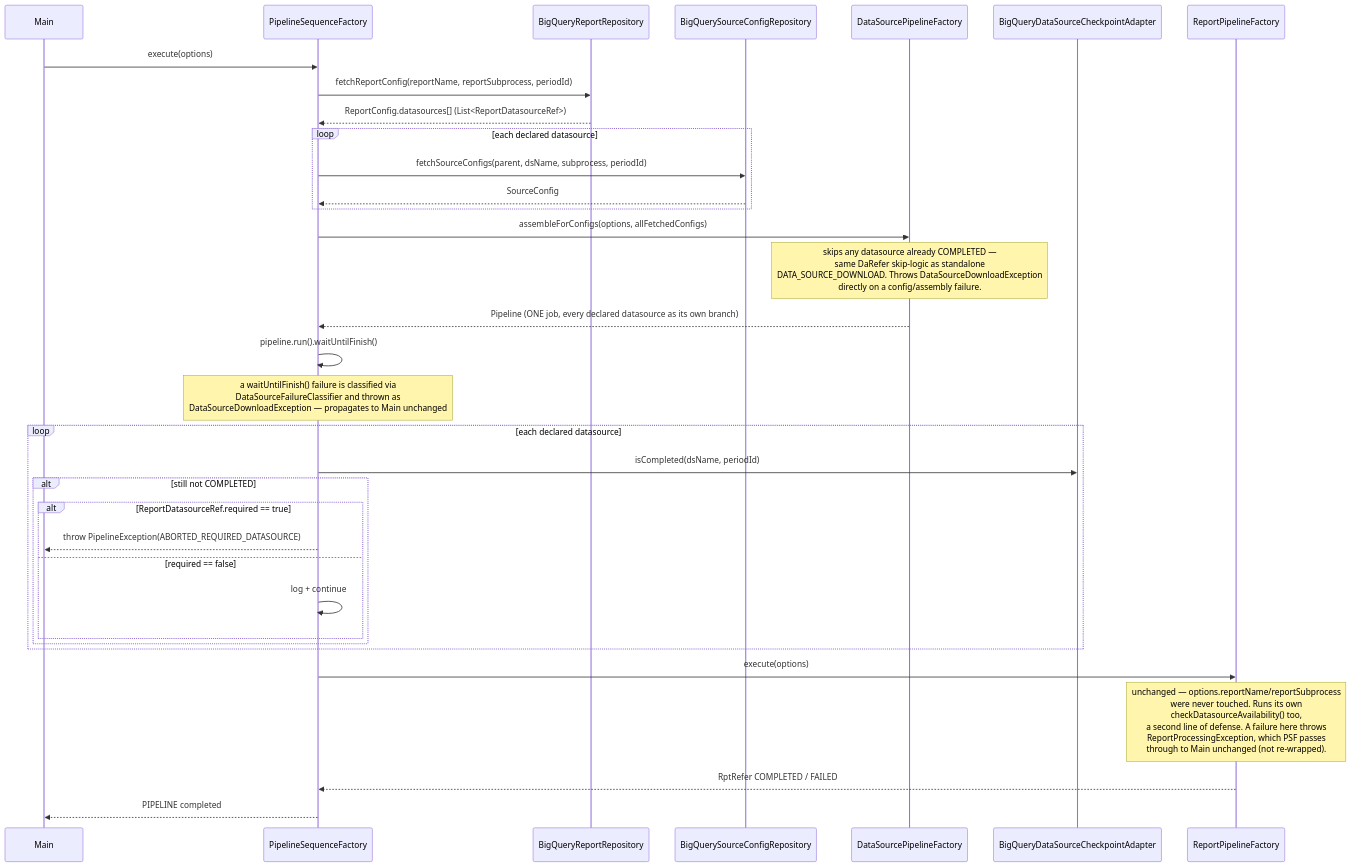
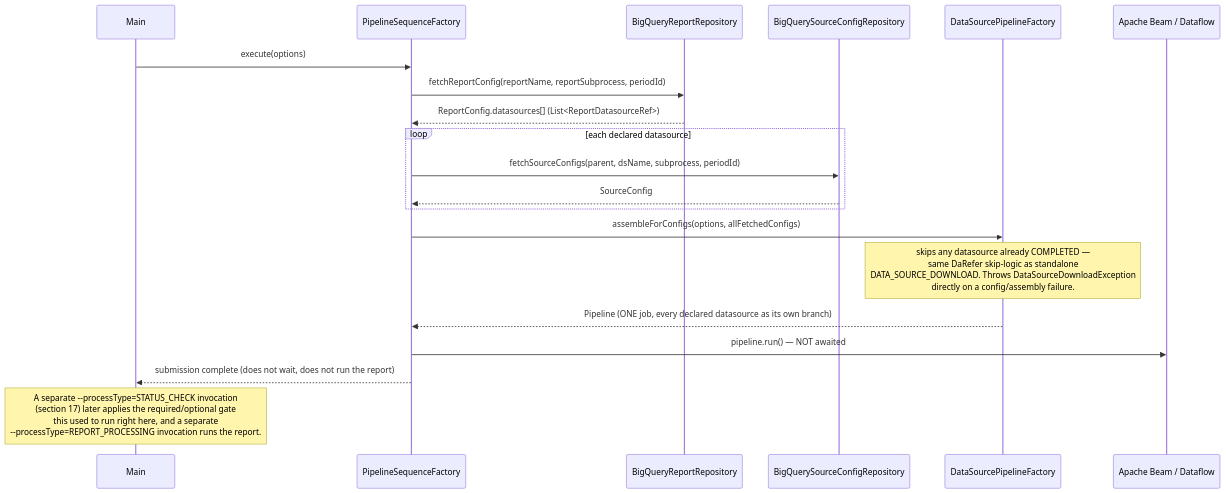
Before and after one commit to tushark-16bit/beam_framework: diagram 15 of 17 in WALKTHROUGH.md, drawn with Mermaid. The commit also changed other lines of this file and 12 other files, not shown here.

````diff
--- a/WALKTHROUGH.md
+++ b/WALKTHROUGH.md
@@ -885,41 +896,26 @@
 ```mermaid
 sequenceDiagram
     participant Main
     participant PSF as PipelineSequenceFactory
     participant RR as BigQueryReportRepository
     participant SCR as BigQuerySourceConfigRepository
     participant DSF as DataSourcePipelineFactory
-    participant CKA as BigQueryDataSourceCheckpointAdapter
-    participant RPF as ReportPipelineFactory
+    participant Beam as Apache Beam / Dataflow
 
     Main->>PSF: execute(options)
     PSF->>RR: fetchReportConfig(reportName, reportSubprocess, periodId)
     RR-->>PSF: ReportConfig.datasources[] (List<ReportDatasourceRef>)
 
     loop each declared datasource
         PSF->>SCR: fetchSourceConfigs(parent, dsName, subprocess, periodId)
         SCR-->>PSF: SourceConfig
     end
 
     PSF->>DSF: assembleForConfigs(options, allFetchedConfigs)
     Note over DSF: skips any datasource already COMPLETED —<br/>same DaRefer skip-logic as standalone<br/>DATA_SOURCE_DOWNLOAD. Throws DataSourceDownloadException<br/>directly on a config/assembly failure.
     DSF-->>PSF: Pipeline (ONE job, every declared datasource as its own branch)
-    PSF->>PSF: pipeline.run().waitUntilFinish()
-    Note over PSF: a waitUntilFinish() failure is classified via<br/>DataSourceFailureClassifier and thrown as<br/>DataSourceDownloadException — propagates to Main unchanged
+    PSF->>Beam: pipeline.run() — NOT awaited
+    PSF-->>Main: submission complete (does not wait, does not run the report)
 
-    loop each declared datasource
-        PSF->>CKA: isCompleted(dsName, periodId)
-        alt still not COMPLETED
-            alt ReportDatasourceRef.required == true
-                PSF-->>Main: throw PipelineException(ABORTED_REQUIRED_DATASOURCE)
-            else required == false
-                PSF->>PSF: log + continue
-            end
-        end
-    end
-
-    PSF->>RPF: execute(options)
-    Note over RPF: unchanged — options.reportName/reportSubprocess<br/>were never touched. Runs its own<br/>checkDatasourceAvailability() too,<br/>a second line of defense. A failure here throws<br/>ReportProcessingException, which PSF passes<br/>through to Main unchanged (not re-wrapped).
-    RPF-->>PSF: RptRefer COMPLETED / FAILED
-    PSF-->>Main: PIPELINE completed
+    Note over Main: A separate --processType=STATUS_CHECK invocation<br/>(section 17) later applies the required/optional gate<br/>this used to run right here, and a separate<br/>--processType=REPORT_PROCESSING invocation runs the report.
 ```
````
